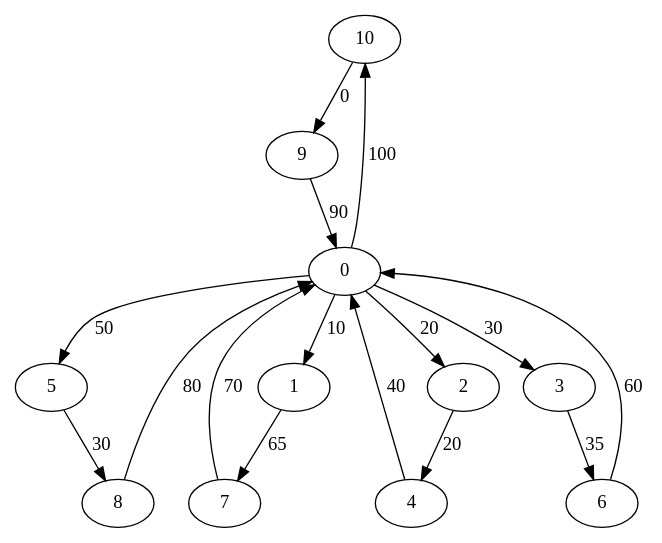
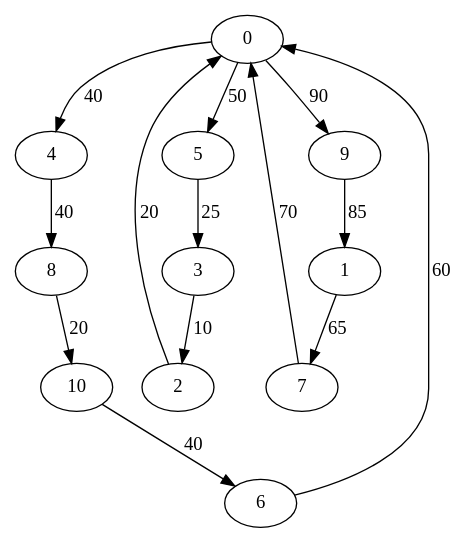
Before and after one commit to akosej/vehicle_routing: the diagram in grafos/iteration1.dot, drawn with Graphviz. The commit also changed 11 other files, not shown here.

```diff
--- a/grafos/iteration1.dot
+++ b/grafos/iteration1.dot
@@ -1,29 +1,27 @@
 digraph G {
-	10->9[ label=0 ];
-	5->8[ label=30 ];
+	0->9[ label=90 ];
+	0->5[ label=50 ];
+	0->4[ label=40 ];
+	5->3[ label=25 ];
+	3->2[ label=10 ];
+	4->8[ label=40 ];
+	8->10[ label=20 ];
+	6->0[ label=60 ];
+	9->1[ label=85 ];
 	1->7[ label=65 ];
 	7->0[ label=70 ];
-	0->10[ label=100 ];
-	0->2[ label=20 ];
-	0->3[ label=30 ];
-	0->5[ label=50 ];
-	0->1[ label=10 ];
-	9->0[ label=90 ];
-	2->4[ label=20 ];
-	4->0[ label=40 ];
-	3->6[ label=35 ];
-	6->0[ label=60 ];
-	8->0[ label=80 ];
+	2->0[ label=20 ];
+	10->6[ label=40 ];
 	0 [ label=0 ];
 	1 [ label=1 ];
 	10 [ label=10 ];
 	2 [ label=2 ];
 	3 [ label=3 ];
 	4 [ label=4 ];
 	5 [ label=5 ];
 	6 [ label=6 ];
 	7 [ label=7 ];
 	8 [ label=8 ];
 	9 [ label=9 ];
 
 }
```
